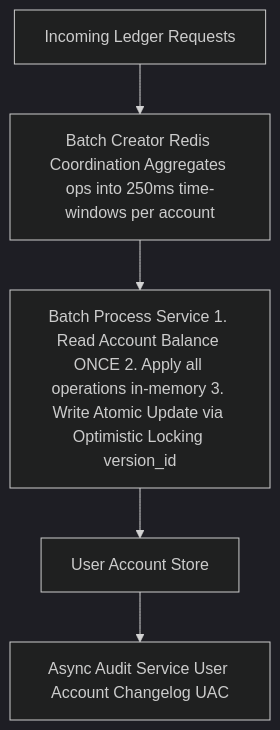
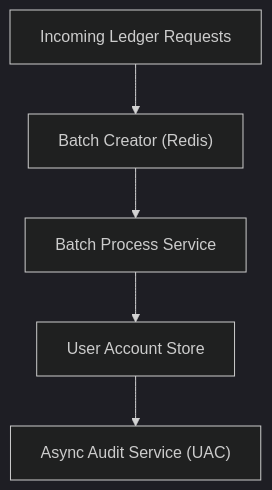
One commit to Chandra179/atlas changed diagram 13 of 19 in blog/astro/src/content/docs/uber-architecture.md. Above: the diagram before and after it, drawn with Mermaid (dark theme). The commit also changed other lines of this file and 20 other files, not shown here.

````diff
--- a/blog/astro/src/content/docs/uber-architecture.md
+++ b/blog/astro/src/content/docs/uber-architecture.md
@@ -716,7 +714,7 @@
 ```mermaid
 graph TB
-    REQ["Incoming Ledger Requests"] --> BC["Batch Creator Redis Coordination Aggregates ops into 250ms time-windows per account"]
-    BC --> BPS["Batch Process Service 1. Read Account Balance ONCE 2. Apply all operations in-memory 3. Write Atomic Update via Optimistic Locking version_id"]
+    REQ["Incoming Ledger Requests"] --> BC["Batch Creator (Redis)"]
+    BC --> BPS["Batch Process Service"]
     BPS --> UAS["User Account Store"]
-    UAS --> AAS["Async Audit Service User Account Changelog UAC"]
+    UAS --> AAS["Async Audit Service (UAC)"]
 ```
````
